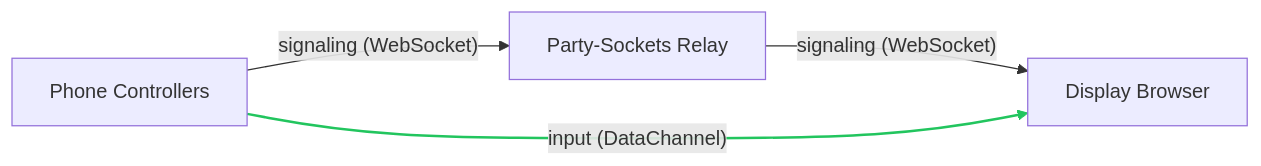
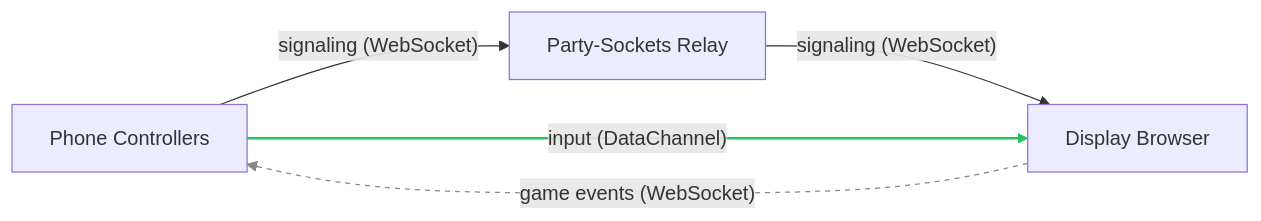
Before and after one commit to tim4724/HexStacker-Party: the diagram in README.md, drawn with Mermaid.

Commit message:
docs(readme): add game events edge to architecture diagram

````diff
--- a/README.md
+++ b/README.md
@@ -17,7 +17,9 @@
 ```mermaid
 graph LR
     P[Phone Controllers] -- "signaling (WebSocket)" --> R[Party-Sockets Relay]
     R -- "signaling (WebSocket)" --> D[Display Browser]
     P -- "input (DataChannel)" --> D
+    D -- "game events (WebSocket)" --> P
     linkStyle 2 stroke:#22c55e,stroke-width:2px
+    linkStyle 3 stroke:#888,stroke-dasharray:4
 ```
````
